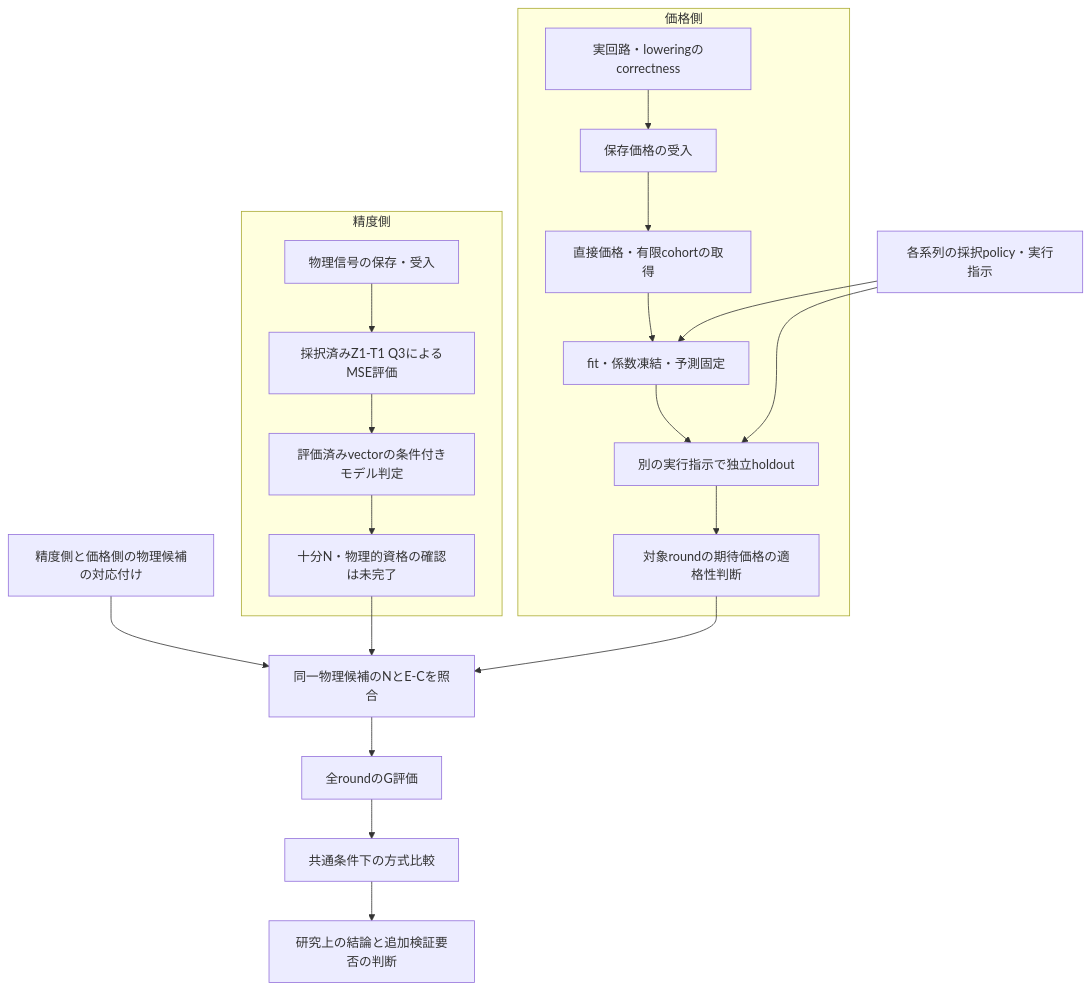
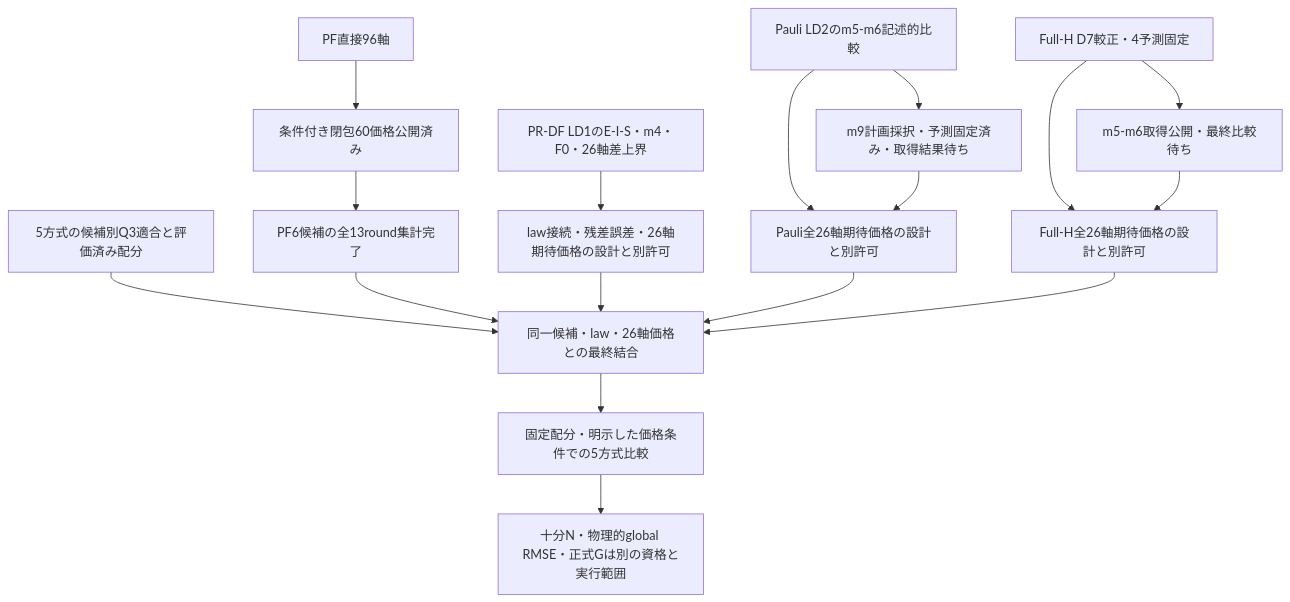
The diagram in docs/research/RESEARCH_ROADMAP.md (HIROMU1015/Partially-Randomized-Trotter), drawn with Mermaid before and after one commit. The commit also changed other lines of this file, not shown here.

````diff
--- a/docs/research/RESEARCH_ROADMAP.md
+++ b/docs/research/RESEARCH_ROADMAP.md
@@ -306,23 +314,19 @@
 ```mermaid
 flowchart TD
-  subgraph 精度側
-    S1[物理信号の保存・受入] --> S2[採択済みZ1-T1 Q3によるMSE評価]
-    S2 --> S3[評価済みvectorの条件付きモデル判定]
-    S3 --> S4[十分N・物理的資格の確認は未完了]
-  end
-  subgraph 価格側
-    P1[実回路・loweringのcorrectness] --> P2[保存価格の受入]
-    P2 --> P3[直接価格・有限cohortの取得]
-    P3 --> P4A[fit・係数凍結・予測固定]
-    P4A --> P4[別の実行指示で独立holdout]
-    P4 --> P5[対象roundの期待価格の適格性判断]
-  end
-  K[各系列の採択policy・実行指示] --> P4A
-  K --> P4
-  M[精度側と価格側の物理候補の対応付け] --> I1
-  S4 --> I1[同一物理候補のNとE-Cを照合]
-  P5 --> I1
-  I1 --> I2[全roundのG評価]
-  I2 --> I3[共通条件下の方式比較]
-  I3 --> I4[研究上の結論と追加検証要否の判断]
+  Q[5方式の候補別Q3適合と評価済み配分] --> J[同一候補・law・26軸価格との最終結合]
+  P[PF直接96軸] --> C[条件付き閉包60価格公開済み]
+  C --> T[PF6候補の全13round集計完了]
+  T --> J
+  F[PR-DF LD1のE-I-S・m4・F0・26軸差上界] --> L[law接続・残差誤差・26軸期待価格の設計と別許可]
+  L --> J
+  V[Pauli LD2のm5-m6記述的比較] --> W[m9計画採択・予測固定済み・取得結果待ち]
+  V --> E[Pauli全26軸期待価格の設計と別許可]
+  W --> E
+  E --> J
+  H[Full-H D7較正・4予測固定] --> D[m5-m6取得公開・最終比較待ち]
+  H --> A[Full-H全26軸期待価格の設計と別許可]
+  D --> A
+  A --> J
+  J --> R[固定配分・明示した価格条件での5方式比較]
+  R --> G[十分N・物理的global RMSE・正式Gは別の資格と実行範囲]
 ```
````
